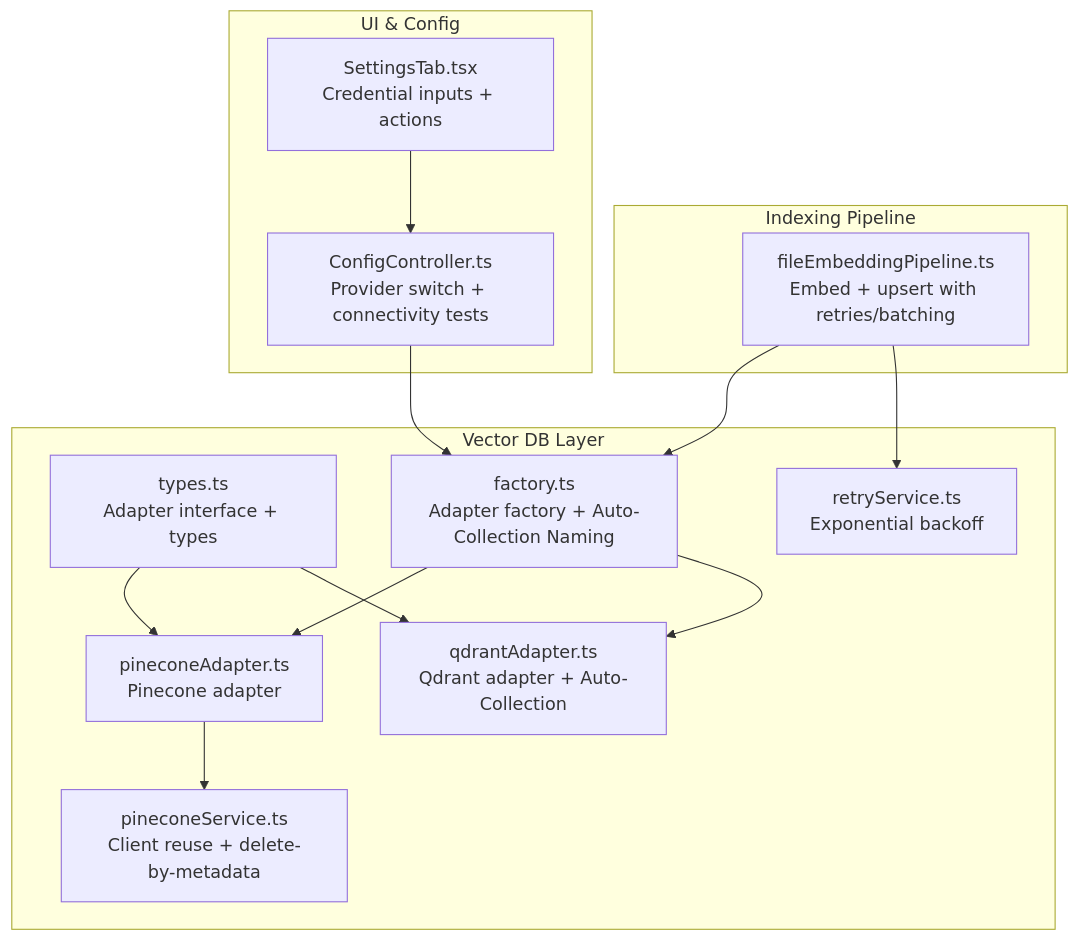
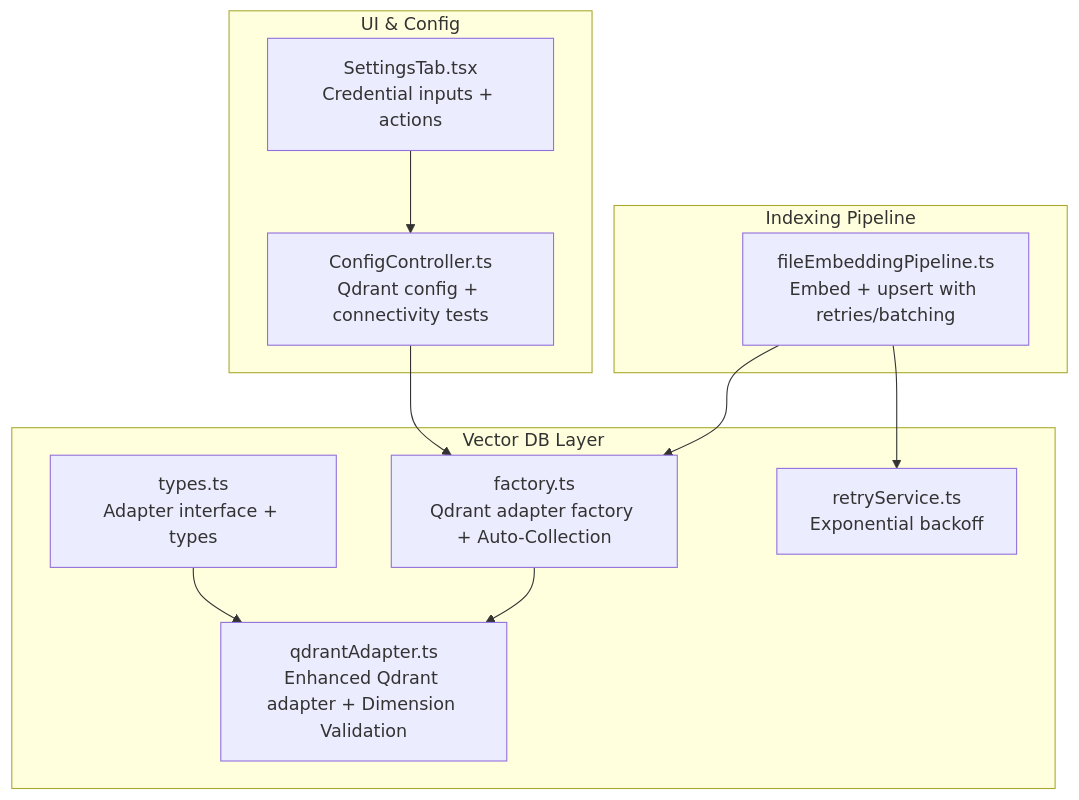
One commit to bramburn/repomix-runner changed the first of 9 diagrams in .qoder/repowiki/en/content/Indexing and Search System/Vector Database Adapters.md. Above: the diagram before and after it, drawn with Mermaid. The commit also changed other lines of this file and 9 other files, not shown here.

````diff
--- a/.qoder/repowiki/en/content/Indexing and Search System/Vector Database Adapters.md
+++ b/.qoder/repowiki/en/content/Indexing and Search System/Vector Database Adapters.md
@@ -53,27 +51,22 @@
 ```mermaid
 graph TB
 subgraph "Vector DB Layer"
 Types["types.ts<br/>Adapter interface + types"]
-Factory["factory.ts<br/>Adapter factory + Auto-Collection Naming"]
-PineconeAdapter["pineconeAdapter.ts<br/>Pinecone adapter"]
-QdrantAdapter["qdrantAdapter.ts<br/>Qdrant adapter + Auto-Collection"]
-PineconeService["pineconeService.ts<br/>Client reuse + delete-by-metadata"]
+Factory["factory.ts<br/>Qdrant adapter factory + Auto-Collection"]
+QdrantAdapter["qdrantAdapter.ts<br/>Enhanced Qdrant adapter + Dimension Validation"]
 Retry["retryService.ts<br/>Exponential backoff"]
 end
 subgraph "Indexing Pipeline"
 Pipeline["fileEmbeddingPipeline.ts<br/>Embed + upsert with retries/batching"]
 end
 subgraph "UI & Config"
-Ctl["ConfigController.ts<br/>Provider switch + connectivity tests"]
+Ctl["ConfigController.ts<br/>Qdrant config + connectivity tests"]
 UI["SettingsTab.tsx<br/>Credential inputs + actions"]
 end
-Types --> PineconeAdapter
 Types --> QdrantAdapter
-Factory --> PineconeAdapter
 Factory --> QdrantAdapter
 Pipeline --> Factory
 Pipeline --> Retry
-PineconeAdapter --> PineconeService
 Ctl --> Factory
 UI --> Ctl
 ```
````
